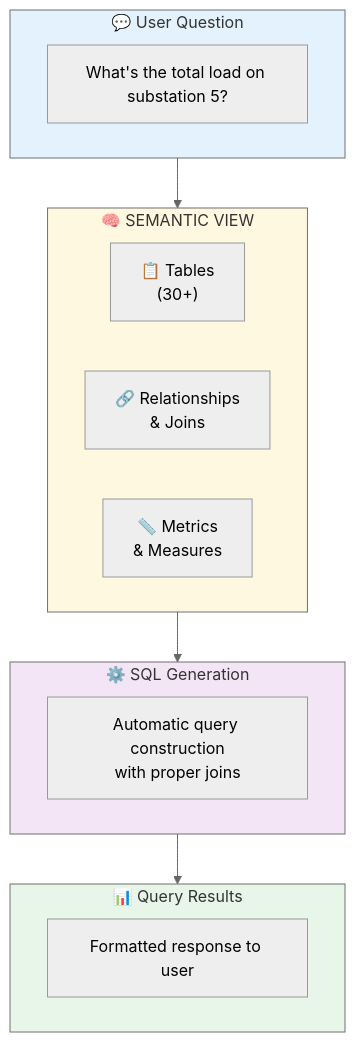
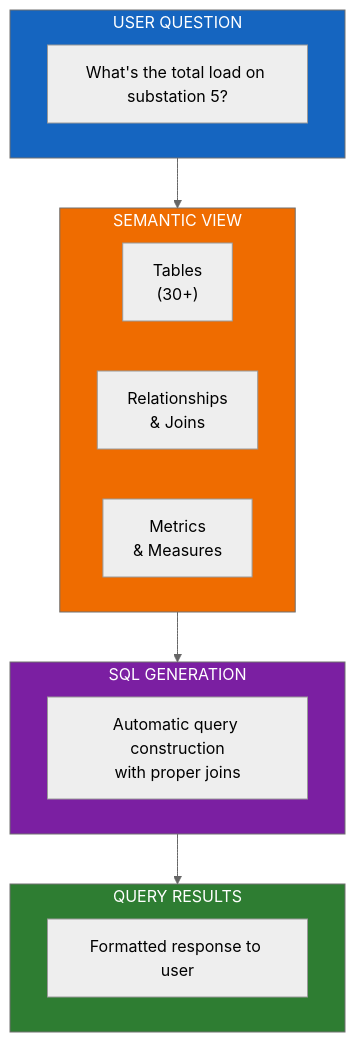
Before and after one commit to sfc-gh-abannerjee/flux-utility-solutions: the third of 7 diagrams in docs/ARCHITECTURE.md, drawn with Mermaid (neutral theme). The commit also changed other lines of this file and 1 other file, not shown here.

First line of the commit message:
Replace emojis with professional text labels in diagrams

````diff
--- a/docs/ARCHITECTURE.md
+++ b/docs/ARCHITECTURE.md
@@ -109,27 +109,27 @@
 ```mermaid
 flowchart TD
-    subgraph Question["💬 User Question"]
+    subgraph Question["USER QUESTION"]
         Q["What's the total load on substation 5?"]
     end
     
-    subgraph Semantic["🧠 SEMANTIC VIEW"]
-        T["📋 Tables<br/>(30+)"]
-        R["🔗 Relationships<br/>& Joins"]
-        M["📏 Metrics<br/>& Measures"]
+    subgraph Semantic["SEMANTIC VIEW"]
+        T["Tables<br/>(30+)"]
+        R["Relationships<br/>& Joins"]
+        M["Metrics<br/>& Measures"]
     end
     
-    subgraph SQL["⚙️ SQL Generation"]
+    subgraph SQL["SQL GENERATION"]
         G["Automatic query construction<br/>with proper joins"]
     end
     
-    subgraph Results["📊 Query Results"]
+    subgraph Results["QUERY RESULTS"]
         RES["Formatted response to user"]
     end
     
     Question --> Semantic --> SQL --> Results
     
-    style Question fill:#e3f2fd
-    style Semantic fill:#fff8e1
-    style SQL fill:#f3e5f5
-    style Results fill:#e8f5e9
+    style Question fill:#1565c0,color:#fff
+    style Semantic fill:#ef6c00,color:#fff
+    style SQL fill:#7b1fa2,color:#fff
+    style Results fill:#2e7d32,color:#fff
 ```
````
